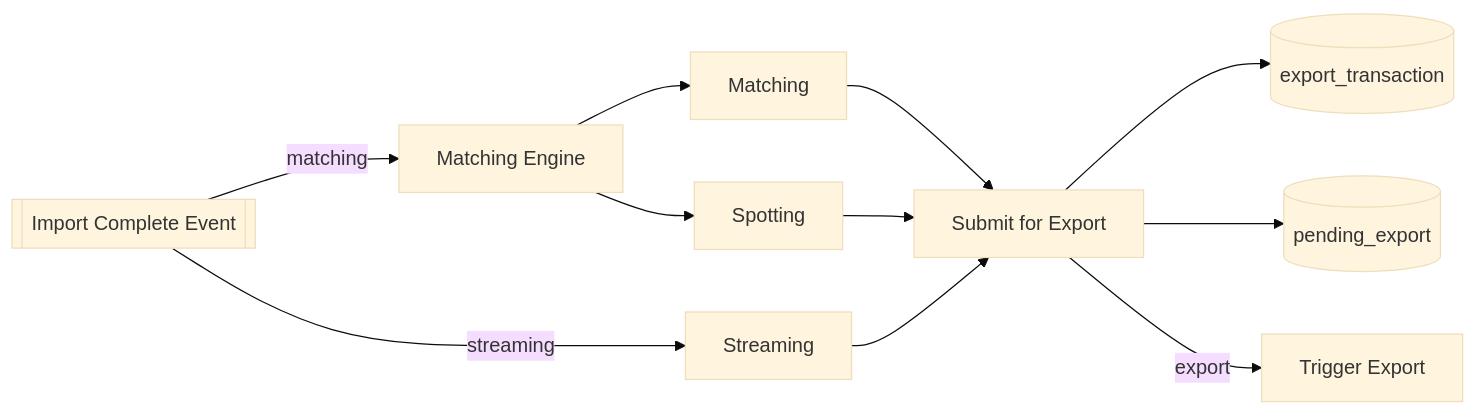
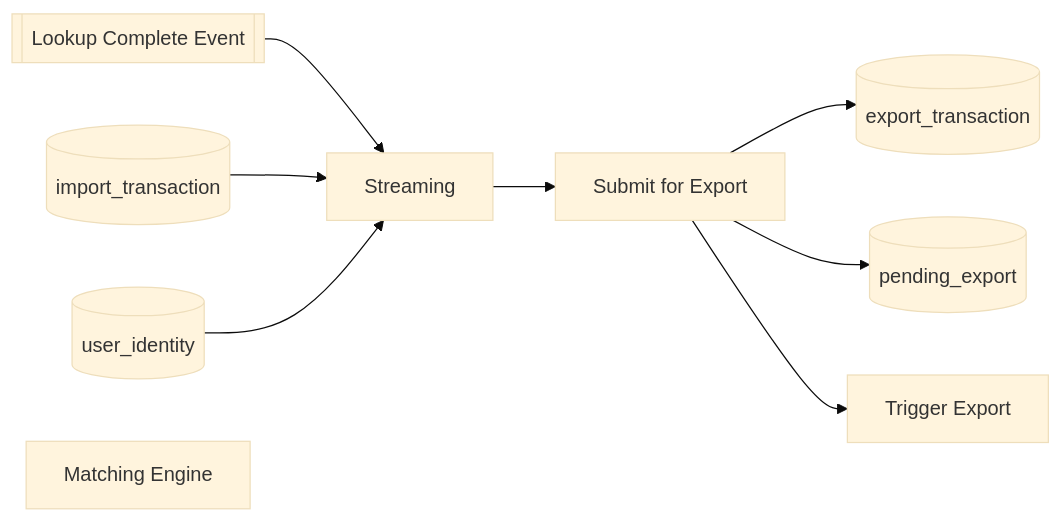
The fourth of 5 diagrams in data-flow.md (piukhq/harmonia), drawn with Mermaid (base theme) before and after one commit. The commit also changed other lines of this file, not shown here.

Commit message:
add some tables to data flow diagram

````diff
--- a/data-flow.md
+++ b/data-flow.md
@@ -24,18 +76,23 @@
 ```mermaid
 flowchart LR
-    import_complete[[Import Complete Event]]
+    lookup_complete[[Lookup Complete Event]]
+
+    import_transaction[(import_transaction)]
+    user_identity[(user_identity)]
     export_transaction[(export_transaction)]
     pending_export[(pending_export)]
 
     matching_engine["Matching Engine"]
     submit_export["Submit for Export"]
     trigger_export["Trigger Export"]
 
-    import_complete -- matching --> matching_engine
-    matching_engine --> Matching --> submit_export
-    matching_engine --> Spotting --> submit_export
-    import_complete -- streaming --> Streaming --> submit_export
+    lookup_complete --> Streaming
+    import_transaction --> Streaming
+    user_identity --> Streaming
+
+    Streaming --> submit_export
+
     submit_export --> export_transaction
     submit_export --> pending_export
-    submit_export -- export --> trigger_export
+    submit_export --> trigger_export
 ```
````
